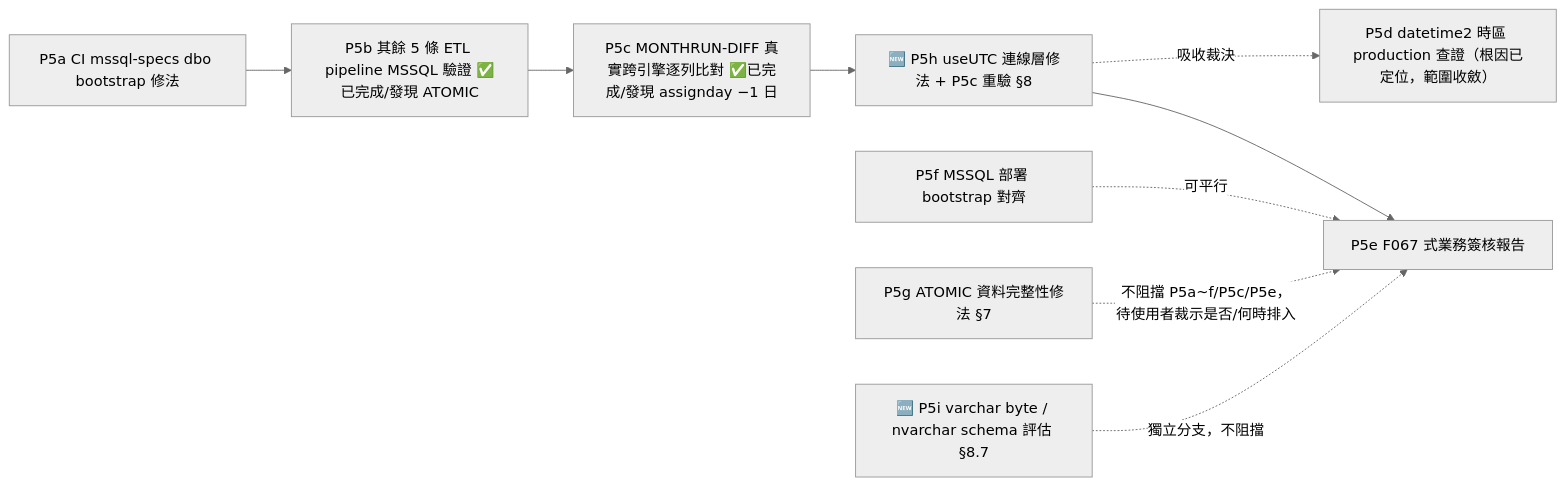
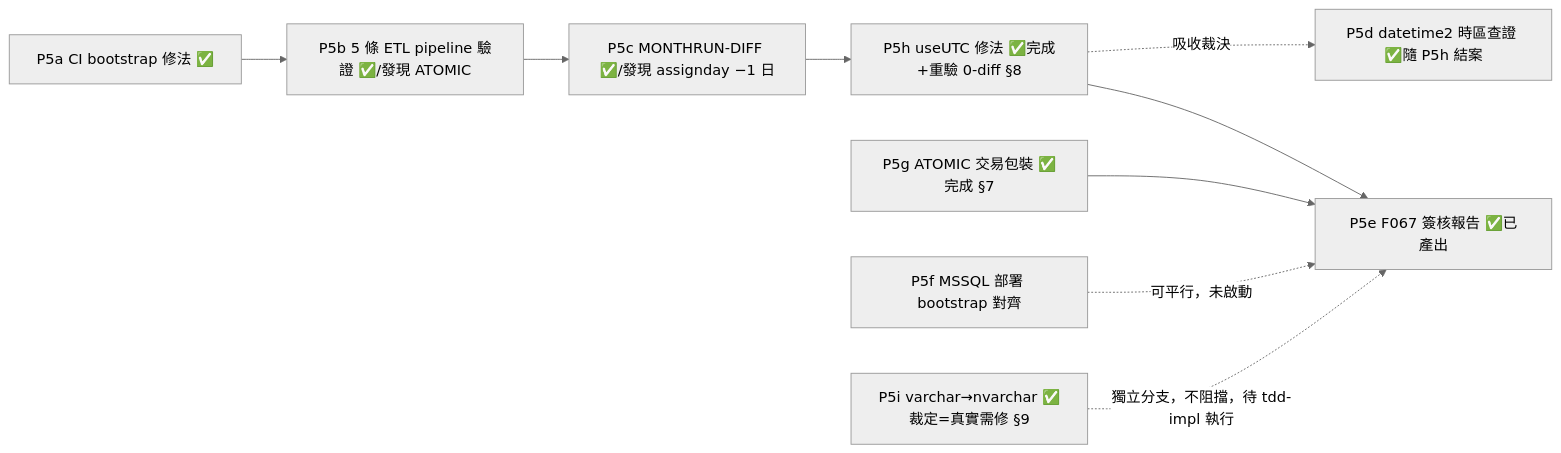
One commit to wisewhalesoft/cdmp-mvp changed the diagram in docs/specs/implementation-log/AD-E07-43-mssql-p5-ci-signoff.md. Above: the diagram before and after it, drawn with Mermaid (neutral theme). The commit also changed other lines of this file and 2 other files, not shown here.

First line of the commit message:
docs(mssql-migration): AD-E07-43 v1.3 — P5e F067 簽核報告 + P5i nvarchar 裁定

````diff
--- a/docs/specs/implementation-log/AD-E07-43-mssql-p5-ci-signoff.md
+++ b/docs/specs/implementation-log/AD-E07-43-mssql-p5-ci-signoff.md
@@ -53,11 +56,11 @@
 ```mermaid
 graph LR
-  P5a[P5a CI mssql-specs dbo bootstrap 修法] --> P5b[P5b 其餘 5 條 ETL pipeline MSSQL 驗證 ✅已完成/發現 ATOMIC]
-  P5b --> P5c[P5c MONTHRUN-DIFF 真實跨引擎逐列比對 ✅已完成/發現 assignday −1 日]
-  P5c --> P5h[🆕 P5h useUTC 連線層修法 + P5c 重驗 §8]
-  P5h -.吸收裁決.-> P5d[P5d datetime2 時區 production 查證（根因已定位，範圍收斂）]
-  P5h --> P5e[P5e F067 式業務簽核報告]
-  P5f[P5f MSSQL 部署 bootstrap 對齊] -.可平行.-> P5e
-  P5g[P5g ATOMIC 資料完整性修法 §7] -.不阻擋 P5a~f/P5c/P5e，待使用者裁示是否/何時排入.-> P5e
-  P5i[🆕 P5i varchar byte / nvarchar schema 評估 §8.7] -.獨立分支，不阻擋.-> P5e
+  P5a[P5a CI bootstrap 修法 ✅] --> P5b[P5b 5 條 ETL pipeline 驗證 ✅/發現 ATOMIC]
+  P5b --> P5c[P5c MONTHRUN-DIFF ✅/發現 assignday −1 日]
+  P5c --> P5h[P5h useUTC 修法 ✅完成+重驗 0-diff §8]
+  P5h -.吸收裁決.-> P5d[P5d datetime2 時區查證 ✅隨 P5h 結案]
+  P5g[P5g ATOMIC 交易包裝 ✅完成 §7] --> P5e[P5e F067 簽核報告 ✅已產出]
+  P5h --> P5e
+  P5f[P5f MSSQL 部署 bootstrap 對齊] -.可平行，未啟動.-> P5e
+  P5i[P5i varchar→nvarchar ✅裁定=真實需修 §9] -.獨立分支，不阻擋，待 tdd-impl 執行.-> P5e
 ```
````
